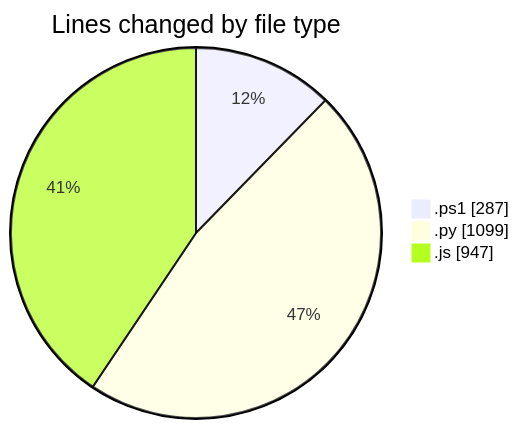
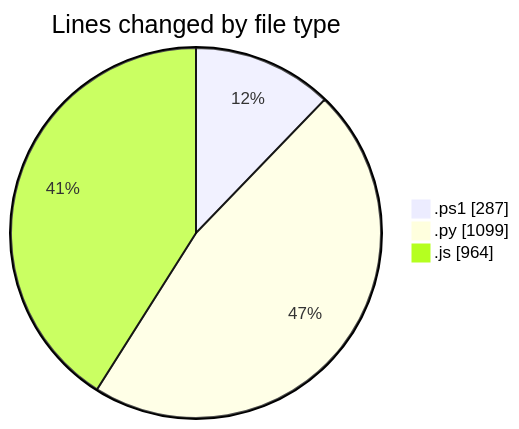
Before and after one commit to shibass792/code-tracking: the first of 2 diagrams in 2026-07-14/shibass-ai/README.md, drawn with Mermaid. The commit also changed other lines of this file and 1 other file, not shown here.

````diff
--- a/2026-07-14/shibass-ai/README.md
+++ b/2026-07-14/shibass-ai/README.md
@@ -25,7 +25,7 @@
 ```mermaid
 pie showData
 title Lines changed by file type
 ".ps1" : 287
 ".py" : 1099
-".js" : 947
+".js" : 964
 ```
````
